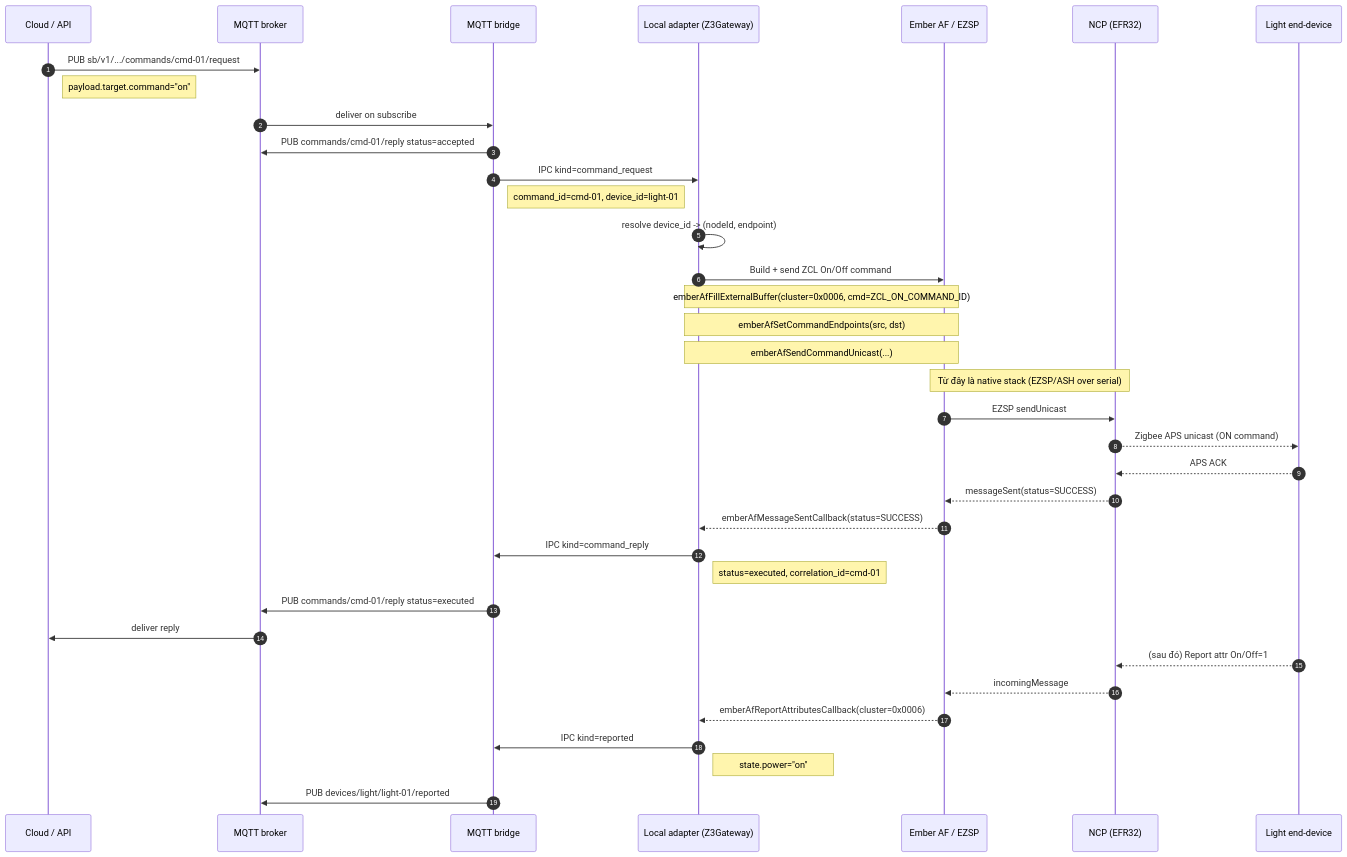
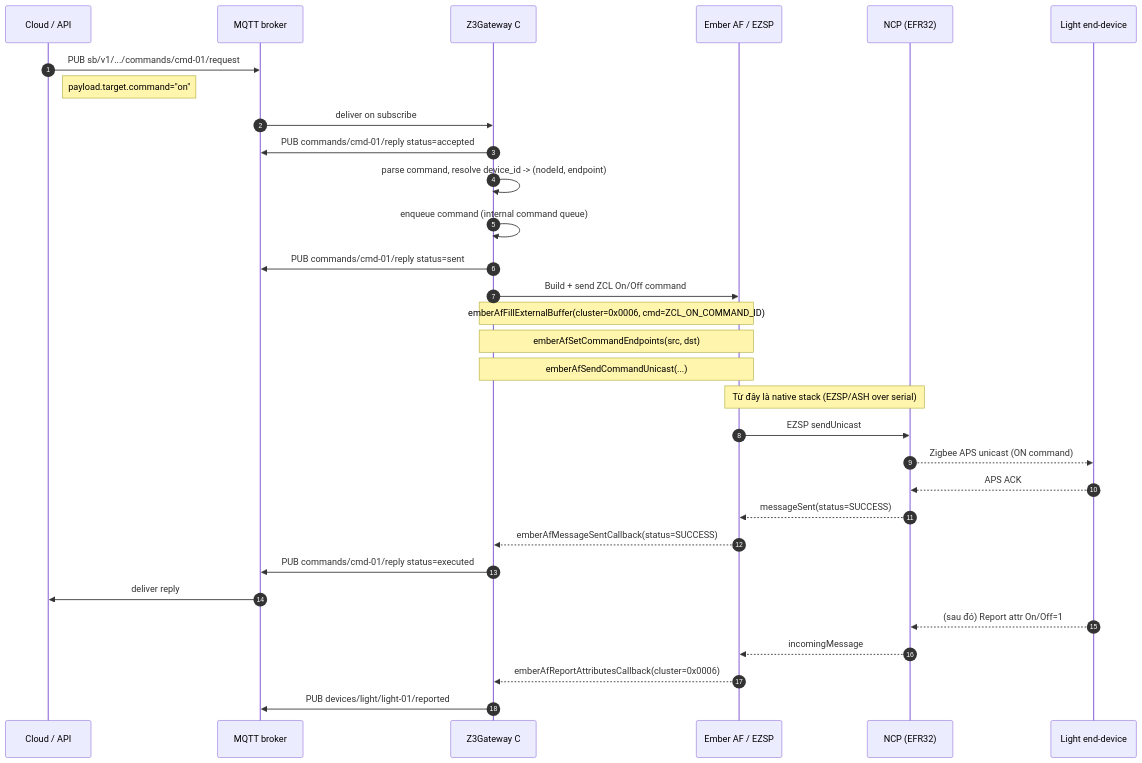
The first of 2 diagrams in docs/ADAPTER_ACTION_MAP.md (ducanh186/zigbee-ble-orchestration-platform), drawn with Mermaid before and after one commit. The commit also changed other lines of this file and 55 other files, not shown here.

First line of the commit message:
refactor: drop IPC/adapter split, direct MQTT in Z3Gateway C

````diff
--- a/docs/ADAPTER_ACTION_MAP.md
+++ b/docs/ADAPTER_ACTION_MAP.md
@@ -104,40 +109,35 @@
 ```mermaid
 sequenceDiagram
     autonumber
     participant Cloud as Cloud / API
     participant Broker as MQTT broker
-    participant Bridge as MQTT bridge
-    participant Adapter as Local adapter (Z3Gateway)
+    participant GW as Z3Gateway C
     participant Ember as Ember AF / EZSP
     participant NCP as NCP (EFR32)
     participant Light as Light end-device
 
     Cloud->>Broker: PUB sb/v1/.../commands/cmd-01/request
     Note right of Cloud: payload.target.command="on"
-    Broker->>Bridge: deliver on subscribe
-    Bridge->>Broker: PUB commands/cmd-01/reply status=accepted
-    Bridge->>Adapter: IPC kind=command_request
-    Note right of Bridge: command_id=cmd-01, device_id=light-01
-    Adapter->>Adapter: resolve device_id -> (nodeId, endpoint)
-    Adapter->>Ember: Build + send ZCL On/Off command
-    Note over Adapter,Ember: emberAfFillExternalBuffer(cluster=0x0006, cmd=ZCL_ON_COMMAND_ID)
-    Note over Adapter,Ember: emberAfSetCommandEndpoints(src, dst)
-    Note over Adapter,Ember: emberAfSendCommandUnicast(...)
+    Broker->>GW: deliver on subscribe
+    GW->>Broker: PUB commands/cmd-01/reply status=accepted
+    GW->>GW: parse command, resolve device_id -> (nodeId, endpoint)
+    GW->>GW: enqueue command (internal command queue)
+    GW->>Broker: PUB commands/cmd-01/reply status=sent
+    GW->>Ember: Build + send ZCL On/Off command
+    Note over GW,Ember: emberAfFillExternalBuffer(cluster=0x0006, cmd=ZCL_ON_COMMAND_ID)
+    Note over GW,Ember: emberAfSetCommandEndpoints(src, dst)
+    Note over GW,Ember: emberAfSendCommandUnicast(...)
     Note over Ember,NCP: Từ đây là native stack (EZSP/ASH over serial)
     Ember->>NCP: EZSP sendUnicast
     NCP-->>Light: Zigbee APS unicast (ON command)
     Light-->>NCP: APS ACK
     NCP-->>Ember: messageSent(status=SUCCESS)
-    Ember-->>Adapter: emberAfMessageSentCallback(status=SUCCESS)
-    Adapter->>Bridge: IPC kind=command_reply
-    Note right of Adapter: status=executed, correlation_id=cmd-01
-    Bridge->>Broker: PUB commands/cmd-01/reply status=executed
+    Ember-->>GW: emberAfMessageSentCallback(status=SUCCESS)
+    GW->>Broker: PUB commands/cmd-01/reply status=executed
     Broker->>Cloud: deliver reply
 
     Light-->>NCP: (sau đó) Report attr On/Off=1
     NCP-->>Ember: incomingMessage
-    Ember-->>Adapter: emberAfReportAttributesCallback(cluster=0x0006)
-    Adapter->>Bridge: IPC kind=reported
-    Note right of Adapter: state.power="on"
-    Bridge->>Broker: PUB devices/light/light-01/reported
+    Ember-->>GW: emberAfReportAttributesCallback(cluster=0x0006)
+    GW->>Broker: PUB devices/light/light-01/reported
 ```
````
